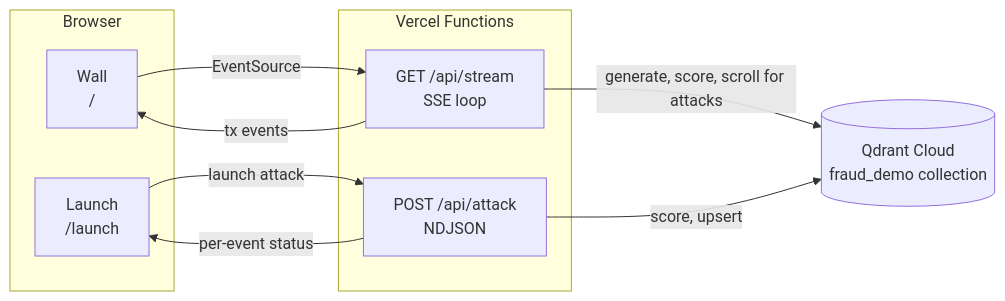
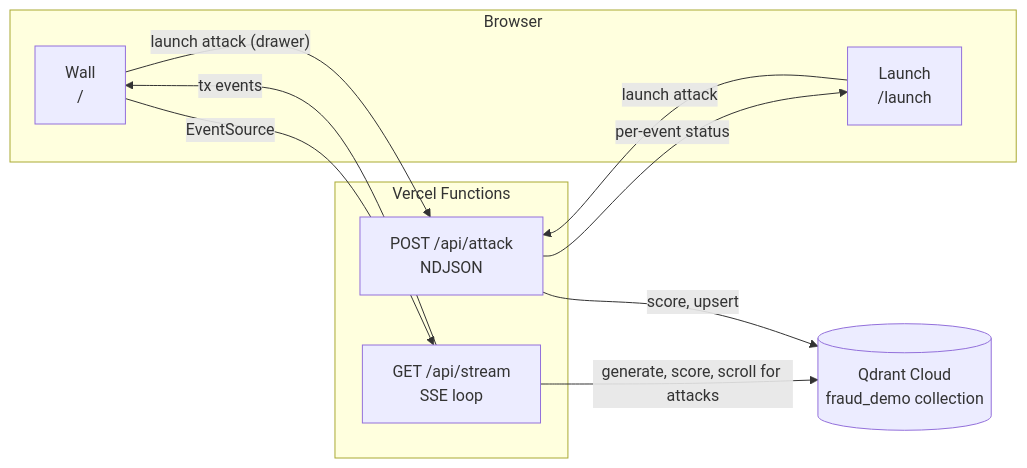
One commit to qdrant-labs/demo-fraud-detection changed the diagram in README.md. Above: the diagram before and after it, drawn with Mermaid. The commit also changed other lines of this file, not shown here.

Commit message:
Update README for unified panel and drawer

````diff
--- a/README.md
+++ b/README.md
@@ -32,19 +34,20 @@
 ```mermaid
 flowchart LR
   subgraph browser["Browser"]
     W["Wall<br/>/"]
     L["Launch<br/>/launch"]
   end
   subgraph vercel["Vercel Functions"]
     S["GET /api/stream<br/>SSE loop"]
     A["POST /api/attack<br/>NDJSON"]
   end
   Q[("Qdrant Cloud<br/>fraud_demo collection")]
 
   W -- EventSource --> S
+  W -- "launch attack (drawer)" --> A
   L -- launch attack --> A
   S -- "generate, score, scroll for attacks" --> Q
   A -- "score, upsert" --> Q
   S -- tx events --> W
   A -- per-event status --> L
 ```
````
